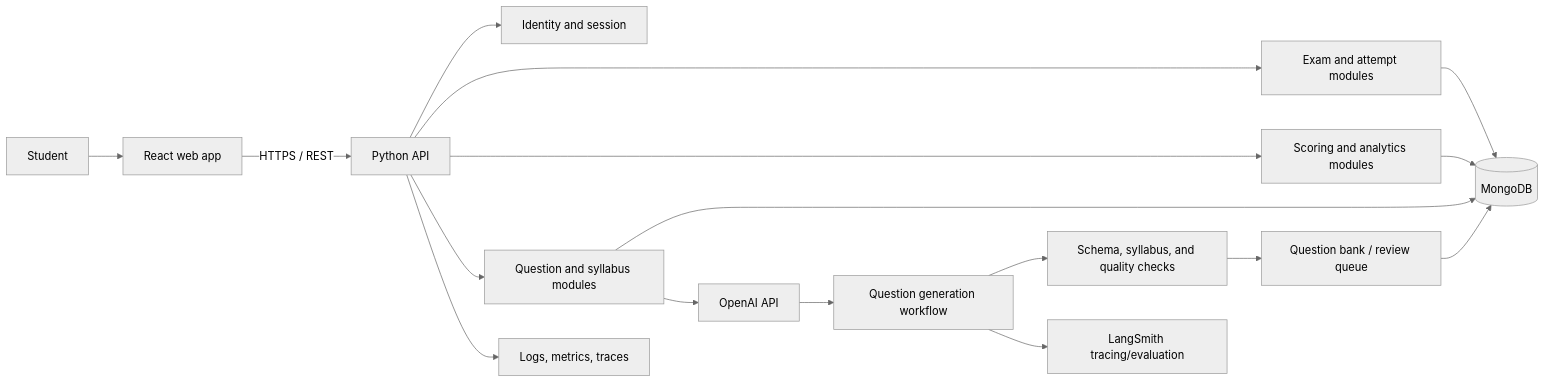
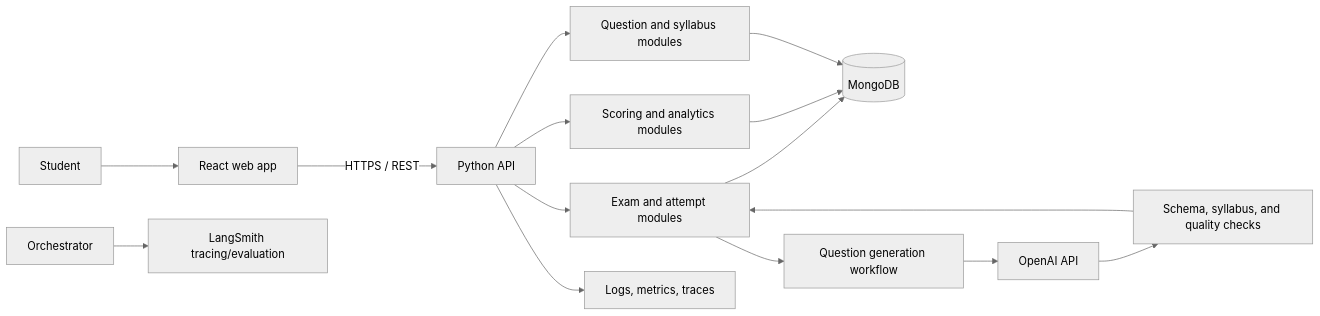
Before and after one commit to konda-kalyan/NEET-Tests: the diagram in README.md, drawn with Mermaid (neutral theme). The commit also changed other lines of this file, not shown here.

````diff
--- a/README.md
+++ b/README.md
@@ -13,19 +13,17 @@
 ```mermaid
 flowchart LR
   Student[Student] --> UI[React web app]
   UI -->|HTTPS / REST| API[Python API]
-  API --> Auth[Identity and session]
   API --> Exam[Exam and attempt modules]
   API --> Results[Scoring and analytics modules]
   API --> Content[Question and syllabus modules]
   Exam --> DB[(MongoDB)]
   Results --> DB
   Content --> DB
-  Content --> LLM[OpenAI API]
-  LLM --> Orchestrator[Question generation workflow]
-  Orchestrator --> Validate[Schema, syllabus, and quality checks]
-  Validate --> Review[Question bank / review queue]
-  Review --> DB
+  Exam --> Gen[Question generation workflow]
+  Gen --> LLM[OpenAI API]
+  LLM --> Validate[Schema, syllabus, and quality checks]
+  Validate --> Exam
   API --> Telemetry[Logs, metrics, traces]
   Orchestrator --> LS[LangSmith tracing/evaluation]
 ```
````
